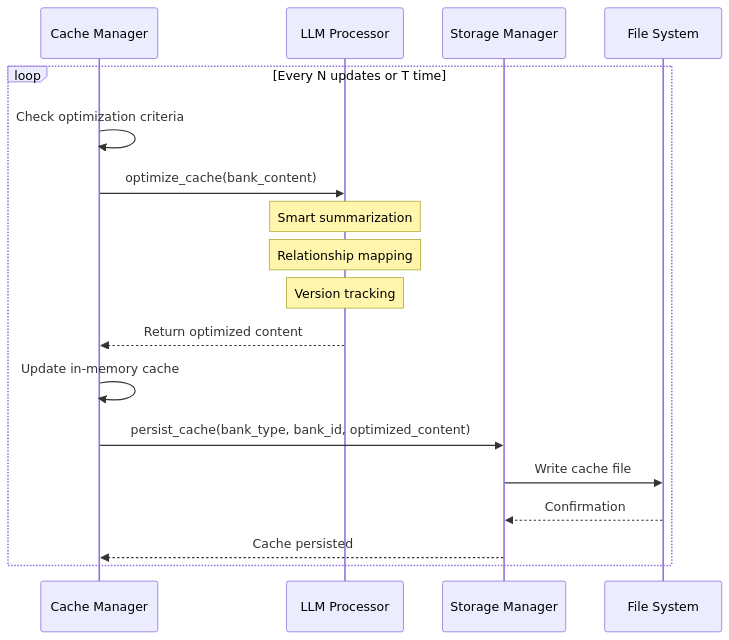
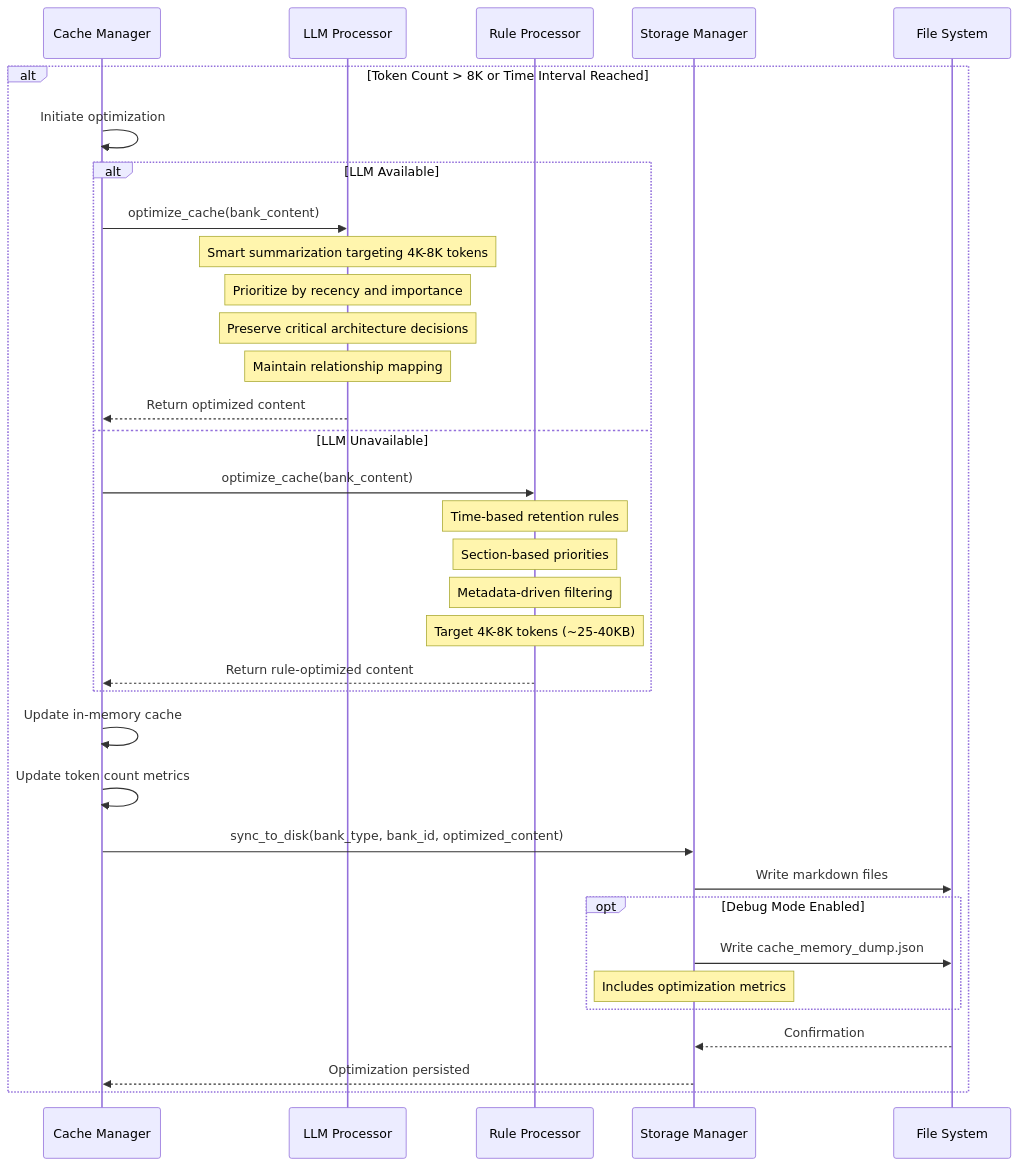
Before and after one commit to philippe-guerit/claude-desktop-memory-bank: the third of 3 diagrams in docs/enhancement proposals/EP 02.md, drawn with Mermaid. The commit also changed other lines of this file, not shown here.

````diff
--- a/docs/enhancement proposals/EP 02.md
+++ b/docs/enhancement proposals/EP 02.md
@@ -359,24 +446,42 @@
 ```mermaid
 sequenceDiagram
     participant CacheManager as Cache Manager
     participant LLMProcessor as LLM Processor
+    participant RuleProcessor as Rule Processor
     participant StorageManager as Storage Manager
     participant FileSystem as File System
     
-    loop Every N updates or T time
-        CacheManager->>CacheManager: Check optimization criteria
+    alt Token Count > 8K or Time Interval Reached
+        CacheManager->>CacheManager: Initiate optimization
         
-        CacheManager->>LLMProcessor: optimize_cache(bank_content)
-        Note over LLMProcessor: Smart summarization
-        Note over LLMProcessor: Relationship mapping
-        Note over LLMProcessor: Version tracking
-        LLMProcessor-->>CacheManager: Return optimized content
+        alt LLM Available
+            CacheManager->>LLMProcessor: optimize_cache(bank_content)
+            Note over LLMProcessor: Smart summarization targeting 4K-8K tokens
+            Note over LLMProcessor: Prioritize by recency and importance
+            Note over LLMProcessor: Preserve critical architecture decisions
+            Note over LLMProcessor: Maintain relationship mapping
+            LLMProcessor-->>CacheManager: Return optimized content
+        else LLM Unavailable
+            CacheManager->>RuleProcessor: optimize_cache(bank_content)
+            Note over RuleProcessor: Time-based retention rules
+            Note over RuleProcessor: Section-based priorities
+            Note over RuleProcessor: Metadata-driven filtering
+            Note over RuleProcessor: Target 4K-8K tokens (~25-40KB)
+            RuleProcessor-->>CacheManager: Return rule-optimized content
+        end
         
         CacheManager->>CacheManager: Update in-memory cache
+        CacheManager->>CacheManager: Update token count metrics
         
-        CacheManager->>StorageManager: persist_cache(bank_type, bank_id, optimized_content)
-        StorageManager->>FileSystem: Write cache file
+        CacheManager->>StorageManager: sync_to_disk(bank_type, bank_id, optimized_content)
+        StorageManager->>FileSystem: Write markdown files
+        
+        opt Debug Mode Enabled
+            StorageManager->>FileSystem: Write cache_memory_dump.json
+            Note over StorageManager: Includes optimization metrics
+        end
+        
         FileSystem-->>StorageManager: Confirmation
-        StorageManager-->>CacheManager: Cache persisted
+        StorageManager-->>CacheManager: Optimization persisted
     end
 ```
````
